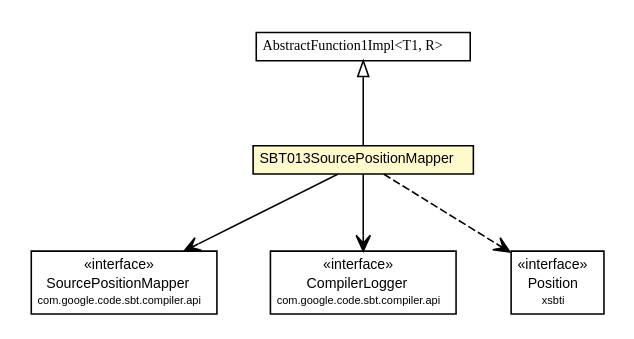
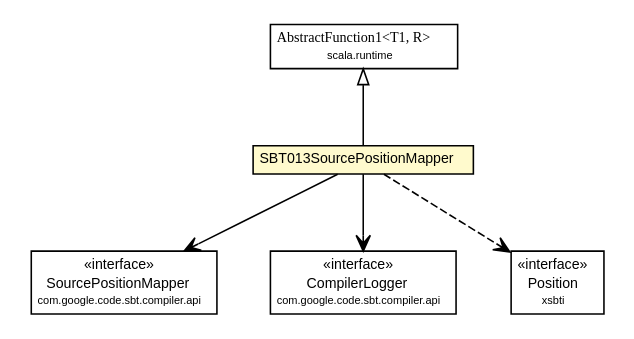
One commit to sbt-compiler-maven-plugin/sbt-compiler-maven-plugin.github.io changed the diagram in sbt-compiler-maven-plugin/1.0.0-beta9-SNAPSHOT/sbt-compilers/sbt-compiler-sbt013/apidocs/com/google/code/sbt/compiler/sbt013/SBT013SourcePositionMapper.dot. Above: the diagram before and after it, drawn with Graphviz. The commit also changed 247 other files, not shown here.

```diff
--- a/sbt-compiler-maven-plugin/1.0.0-beta9-SNAPSHOT/sbt-compilers/sbt-compiler-sbt013/apidocs/com/google/code/sbt/compiler/sbt013/SBT013SourcePositionMapper.dot
+++ b/sbt-compiler-maven-plugin/1.0.0-beta9-SNAPSHOT/sbt-compilers/sbt-compiler-sbt013/apidocs/com/google/code/sbt/compiler/sbt013/SBT013SourcePositionMapper.dot
@@ -1,56 +1,57 @@
 #!/usr/local/bin/dot
 #
 # Class diagram 
 # Generated by UMLGraph version R5_6-24-gf6e263 (http://www.umlgraph.org/)
 #
 
 digraph G {
 	edge [fontname="arial",fontsize=10,labelfontname="arial",labelfontsize=10];
 	node [fontname="arial",fontsize=10,shape=plaintext];
 	nodesep=0.25;
 	ranksep=0.5;
 	// com.google.code.sbt.compiler.sbt013.SBT013SourcePositionMapper
-	c105 [label=<<table title="com.google.code.sbt.compiler.sbt013.SBT013SourcePositionMapper" border="0" cellborder="1" cellspacing="0" cellpadding="2" port="p" bgcolor="lemonChiffon" href="./SBT013SourcePositionMapper.html">
+	c98 [label=<<table title="com.google.code.sbt.compiler.sbt013.SBT013SourcePositionMapper" border="0" cellborder="1" cellspacing="0" cellpadding="2" port="p" bgcolor="lemonChiffon" href="./SBT013SourcePositionMapper.html">
 		<tr><td><table border="0" cellspacing="0" cellpadding="1">
 <tr><td align="center" balign="center"> SBT013SourcePositionMapper </td></tr>
 		</table></td></tr>
 		</table>>, URL="./SBT013SourcePositionMapper.html", fontname="arial", fontcolor="black", fontsize=9.0];
-	// com.google.code.sbt.compiler.sbt013.AbstractFunction1Impl<T1, R>
-	c111 [label=<<table title="com.google.code.sbt.compiler.sbt013.AbstractFunction1Impl" border="0" cellborder="1" cellspacing="0" cellpadding="2" port="p" href="./AbstractFunction1Impl.html">
-		<tr><td><table border="0" cellspacing="0" cellpadding="1">
-<tr><td align="center" balign="center"><font face="arial italic"> AbstractFunction1Impl&lt;T1, R&gt; </font></td></tr>
-		</table></td></tr>
-		</table>>, URL="./AbstractFunction1Impl.html", fontname="arial", fontcolor="black", fontsize=9.0];
-	//com.google.code.sbt.compiler.sbt013.SBT013SourcePositionMapper extends com.google.code.sbt.compiler.sbt013.AbstractFunction1Impl<xsbti.Position, xsbti.Position>
-	c111:p -> c105:p [dir=back,arrowtail=empty];
+	//com.google.code.sbt.compiler.sbt013.SBT013SourcePositionMapper extends scala.runtime.AbstractFunction1<xsbti.Position, xsbti.Position>
+	c104:p -> c98:p [dir=back,arrowtail=empty];
 	// com.google.code.sbt.compiler.sbt013.SBT013SourcePositionMapper NAVASSOC com.google.code.sbt.compiler.api.SourcePositionMapper
-	c105:p -> c112:p [taillabel="", label="", headlabel="", fontname="arial", fontcolor="black", fontsize=10.0, color="black", arrowhead=open];
+	c98:p -> c105:p [taillabel="", label="", headlabel="", fontname="arial", fontcolor="black", fontsize=10.0, color="black", arrowhead=open];
 	// com.google.code.sbt.compiler.sbt013.SBT013SourcePositionMapper NAVASSOC com.google.code.sbt.compiler.api.CompilerLogger
-	c105:p -> c113:p [taillabel="", label="", headlabel="", fontname="arial", fontcolor="black", fontsize=10.0, color="black", arrowhead=open];
+	c98:p -> c106:p [taillabel="", label="", headlabel="", fontname="arial", fontcolor="black", fontsize=10.0, color="black", arrowhead=open];
 	// com.google.code.sbt.compiler.sbt013.SBT013SourcePositionMapper DEPEND xsbti.Position
-	c105:p -> c114:p [taillabel="", label="", headlabel="", fontname="arial", fontcolor="black", fontsize=10.0, color="black", arrowhead=open, style=dashed];
+	c98:p -> c107:p [taillabel="", label="", headlabel="", fontname="arial", fontcolor="black", fontsize=10.0, color="black", arrowhead=open, style=dashed];
 	// xsbti.Position
-	c114 [label=<<table title="xsbti.Position" border="0" cellborder="1" cellspacing="0" cellpadding="2" port="p">
+	c107 [label=<<table title="xsbti.Position" border="0" cellborder="1" cellspacing="0" cellpadding="2" port="p">
 		<tr><td><table border="0" cellspacing="0" cellpadding="1">
 <tr><td align="center" balign="center"> &#171;interface&#187; </td></tr>
 <tr><td align="center" balign="center"> Position </td></tr>
 <tr><td align="center" balign="center"><font point-size="7.0"> xsbti </font></td></tr>
 		</table></td></tr>
 		</table>>, URL="null", fontname="arial", fontcolor="black", fontsize=9.0];
 	// com.google.code.sbt.compiler.api.CompilerLogger
-	c113 [label=<<table title="com.google.code.sbt.compiler.api.CompilerLogger" border="0" cellborder="1" cellspacing="0" cellpadding="2" port="p">
+	c106 [label=<<table title="com.google.code.sbt.compiler.api.CompilerLogger" border="0" cellborder="1" cellspacing="0" cellpadding="2" port="p">
 		<tr><td><table border="0" cellspacing="0" cellpadding="1">
 <tr><td align="center" balign="center"> &#171;interface&#187; </td></tr>
 <tr><td align="center" balign="center"> CompilerLogger </td></tr>
 <tr><td align="center" balign="center"><font point-size="7.0"> com.google.code.sbt.compiler.api </font></td></tr>
 		</table></td></tr>
 		</table>>, URL="null", fontname="arial", fontcolor="black", fontsize=9.0];
+	// scala.runtime.AbstractFunction1<T1, R>
+	c104 [label=<<table title="scala.runtime.AbstractFunction1" border="0" cellborder="1" cellspacing="0" cellpadding="2" port="p">
+		<tr><td><table border="0" cellspacing="0" cellpadding="1">
+<tr><td align="center" balign="center"><font face="arial italic"> AbstractFunction1&lt;T1, R&gt; </font></td></tr>
+<tr><td align="center" balign="center"><font point-size="7.0"> scala.runtime </font></td></tr>
+		</table></td></tr>
+		</table>>, URL="null", fontname="arial", fontcolor="black", fontsize=9.0];
 	// com.google.code.sbt.compiler.api.SourcePositionMapper
-	c112 [label=<<table title="com.google.code.sbt.compiler.api.SourcePositionMapper" border="0" cellborder="1" cellspacing="0" cellpadding="2" port="p">
+	c105 [label=<<table title="com.google.code.sbt.compiler.api.SourcePositionMapper" border="0" cellborder="1" cellspacing="0" cellpadding="2" port="p">
 		<tr><td><table border="0" cellspacing="0" cellpadding="1">
 <tr><td align="center" balign="center"> &#171;interface&#187; </td></tr>
 <tr><td align="center" balign="center"> SourcePositionMapper </td></tr>
 <tr><td align="center" balign="center"><font point-size="7.0"> com.google.code.sbt.compiler.api </font></td></tr>
 		</table></td></tr>
 		</table>>, URL="null", fontname="arial", fontcolor="black", fontsize=9.0];
 }
```
